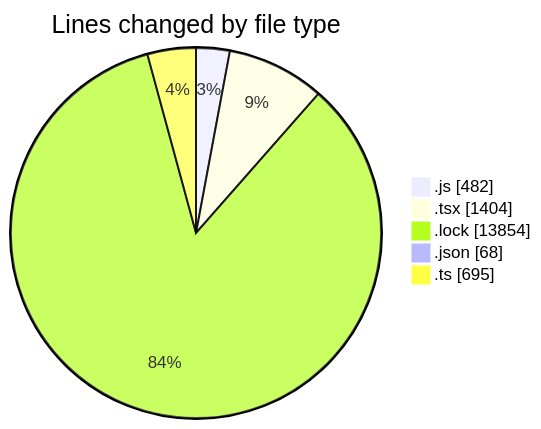
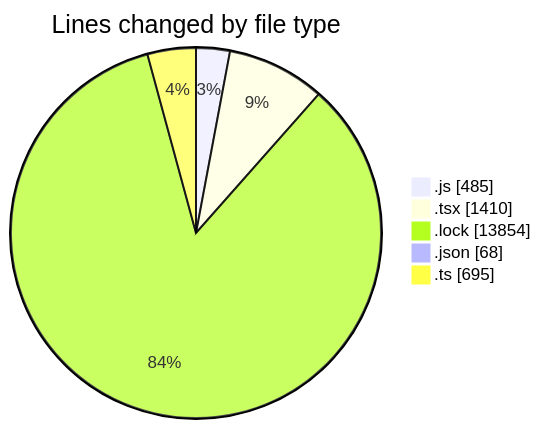
The first of 2 diagrams in 2026-06-16/cda/README.md (momahboobian/code-tracking), drawn with Mermaid before and after one commit. The commit also changed other lines of this file and 1 other file, not shown here.

````diff
--- a/2026-06-16/cda/README.md
+++ b/2026-06-16/cda/README.md
@@ -34,9 +34,9 @@
 ```mermaid
 pie showData
 title Lines changed by file type
-".js" : 482
-".tsx" : 1404
+".js" : 485
+".tsx" : 1410
 ".lock" : 13854
 ".json" : 68
 ".ts" : 695
 ```
````
